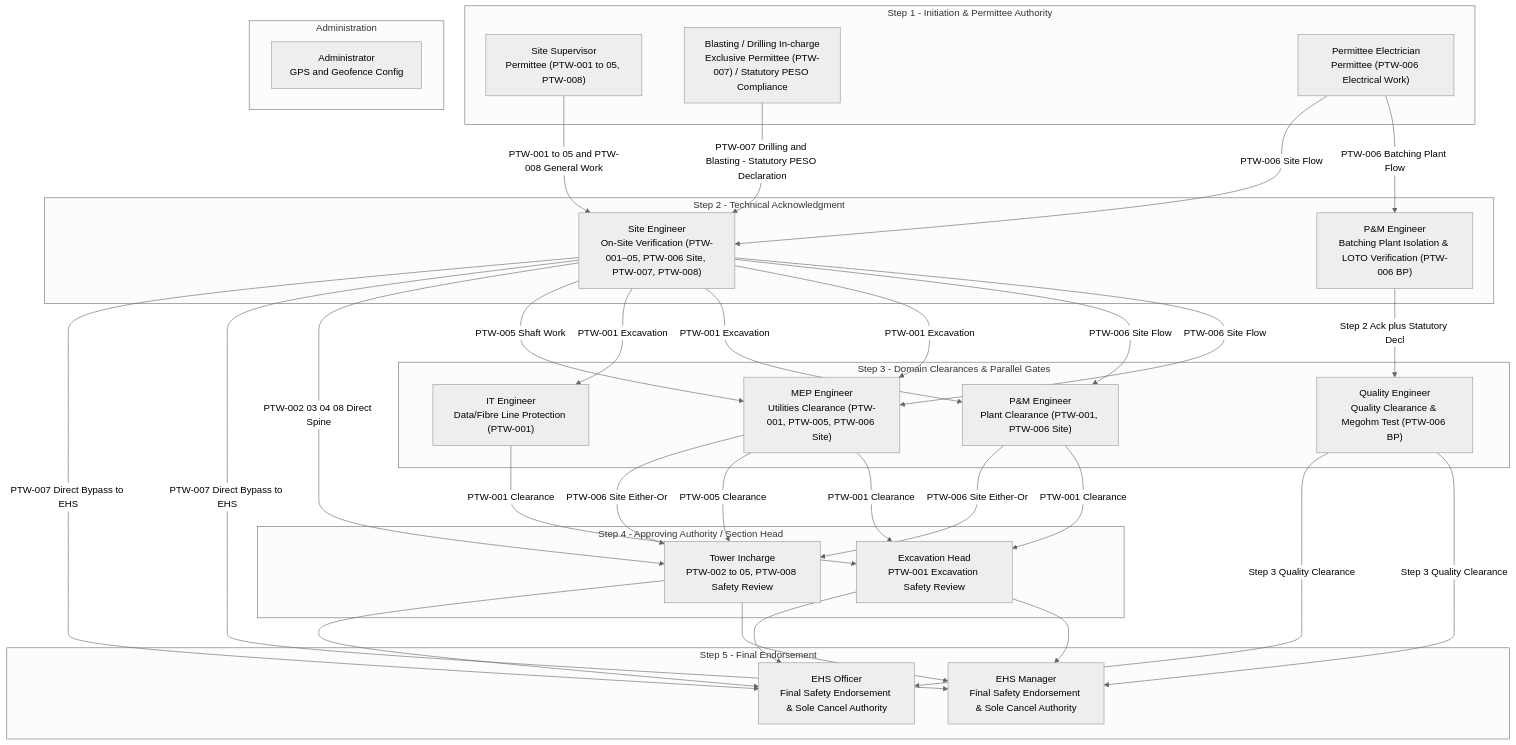
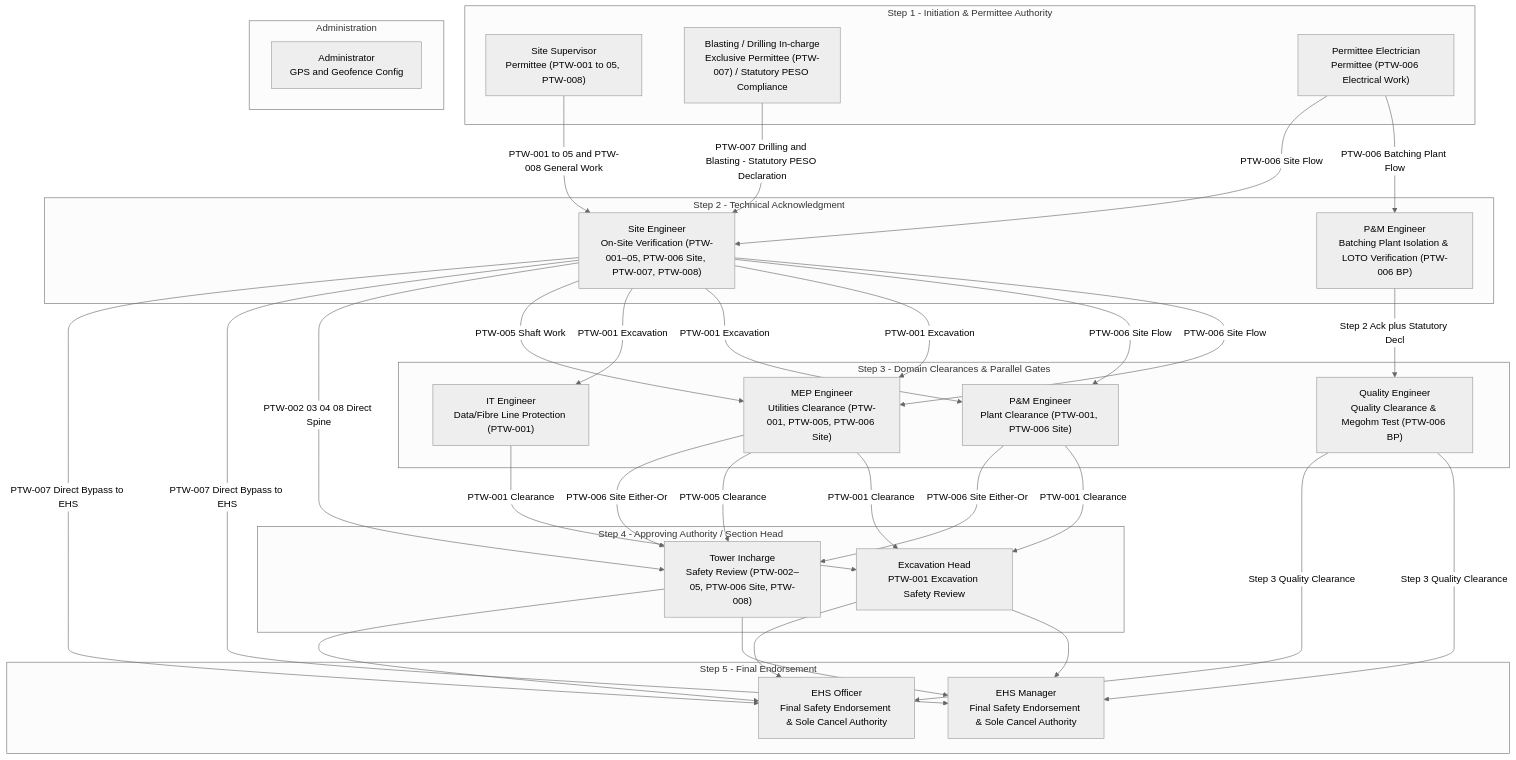
Before and after one commit to AuroGroupAutomationBot/ARPL-EHS-Demo: the third of 34 diagrams in README.md, drawn with Mermaid (neutral theme). The commit also changed other lines of this file and 2 other files, not shown here.

````diff
--- a/README.md
+++ b/README.md
@@ -309,56 +314,56 @@
 ```mermaid
 graph TB
     subgraph "Step 1 - Initiation & Permittee Authority"
         SS["Site Supervisor<br/>Permittee (PTW-001 to 05, PTW-008)"]
         BIC["Blasting / Drilling In-charge<br/>Exclusive Permittee (PTW-007) / Statutory PESO Compliance"]
         EL["Permittee Electrician<br/>Permittee (PTW-006 Electrical Work)"]
     end
     subgraph "Step 2 - Technical Acknowledgment"
         SiteEng["Site Engineer<br/>On-Site Verification (PTW-001–05, PTW-006 Site, PTW-007, PTW-008)"]
         PMAck["P&M Engineer<br/>Batching Plant Isolation & LOTO Verification (PTW-006 BP)"]
     end
     subgraph "Step 3 - Domain Clearances & Parallel Gates"
         MEP["MEP Engineer<br/>Utilities Clearance (PTW-001, PTW-005, PTW-006 Site)"]
         PM["P&M Engineer<br/>Plant Clearance (PTW-001, PTW-006 Site)"]
         IT["IT Engineer<br/>Data/Fibre Line Protection (PTW-001)"]
         QE["Quality Engineer<br/>Quality Clearance & Megohm Test (PTW-006 BP)"]
     end
     subgraph "Step 4 - Approving Authority / Section Head"
         EH["Excavation Head<br/>PTW-001 Excavation Safety Review"]
-        TI["Tower Incharge<br/>PTW-002 to 05, PTW-008 Safety Review"]
+        TI["Tower Incharge<br/>Safety Review (PTW-002–05, PTW-006 Site, PTW-008)"]
     end
     subgraph "Step 5 - Final Endorsement"
         EM["EHS Manager<br/>Final Safety Endorsement & Sole Cancel Authority"]
         EO["EHS Officer<br/>Final Safety Endorsement & Sole Cancel Authority"]
     end
     subgraph "Administration"
         AD["Administrator<br/>GPS and Geofence Config"]
     end
 
     BIC -->|PTW-007 Drilling and Blasting - Statutory PESO Declaration| SiteEng
     SS -->|PTW-001 to 05 and PTW-008 General Work| SiteEng
     EL -->|PTW-006 Batching Plant Flow| PMAck
     PMAck -->|Step 2 Ack plus Statutory Decl| QE
     QE -->|Step 3 Quality Clearance| EM
     QE -->|Step 3 Quality Clearance| EO
     EL -->|PTW-006 Site Flow| SiteEng
     SiteEng -->|PTW-006 Site Flow| MEP
     SiteEng -->|PTW-006 Site Flow| PM
     SiteEng -->|PTW-001 Excavation| MEP
     SiteEng -->|PTW-001 Excavation| PM
     SiteEng -->|PTW-001 Excavation| IT
     SiteEng -->|PTW-005 Shaft Work| MEP
     SiteEng -->|PTW-002 03 04 08 Direct Spine| TI
     SiteEng -->|PTW-007 Direct Bypass to EHS| EM
     SiteEng -->|PTW-007 Direct Bypass to EHS| EO
     MEP -->|PTW-001 Clearance| EH
     PM -->|PTW-001 Clearance| EH
     IT -->|PTW-001 Clearance| EH
     MEP -->|PTW-005 Clearance| TI
     MEP -->|PTW-006 Site Either-Or| TI
     PM -->|PTW-006 Site Either-Or| TI
     EH --> EM
     EH --> EO
     TI --> EM
     TI --> EO
 ```
````
